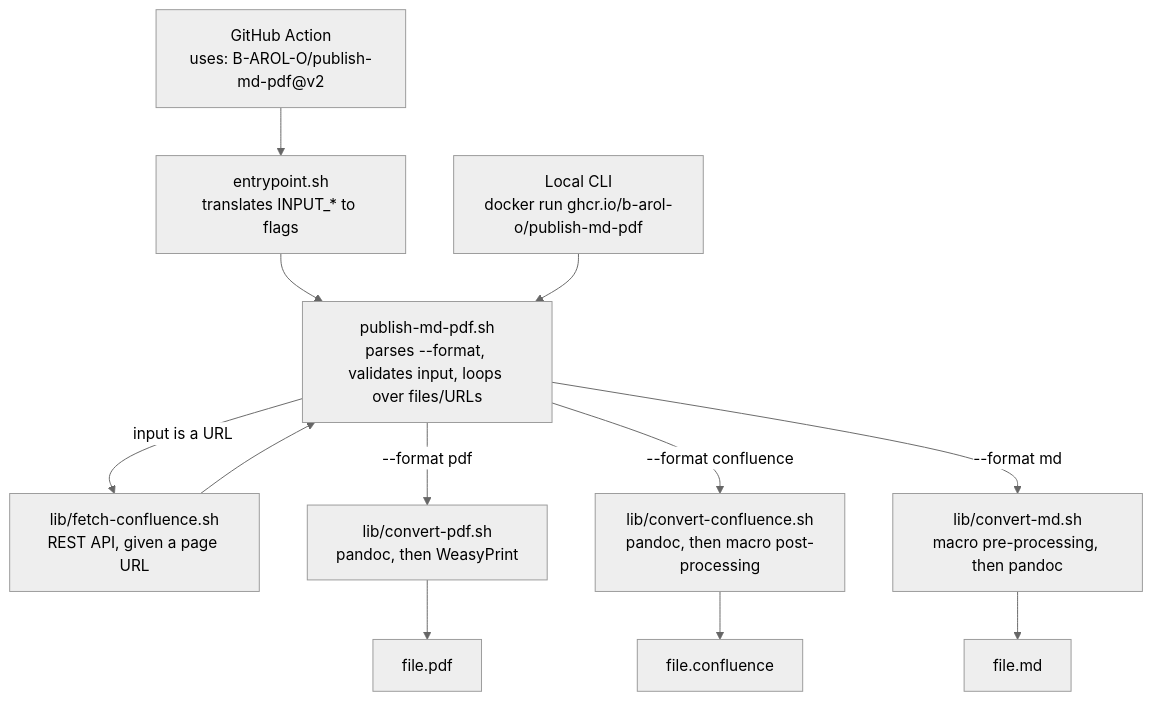
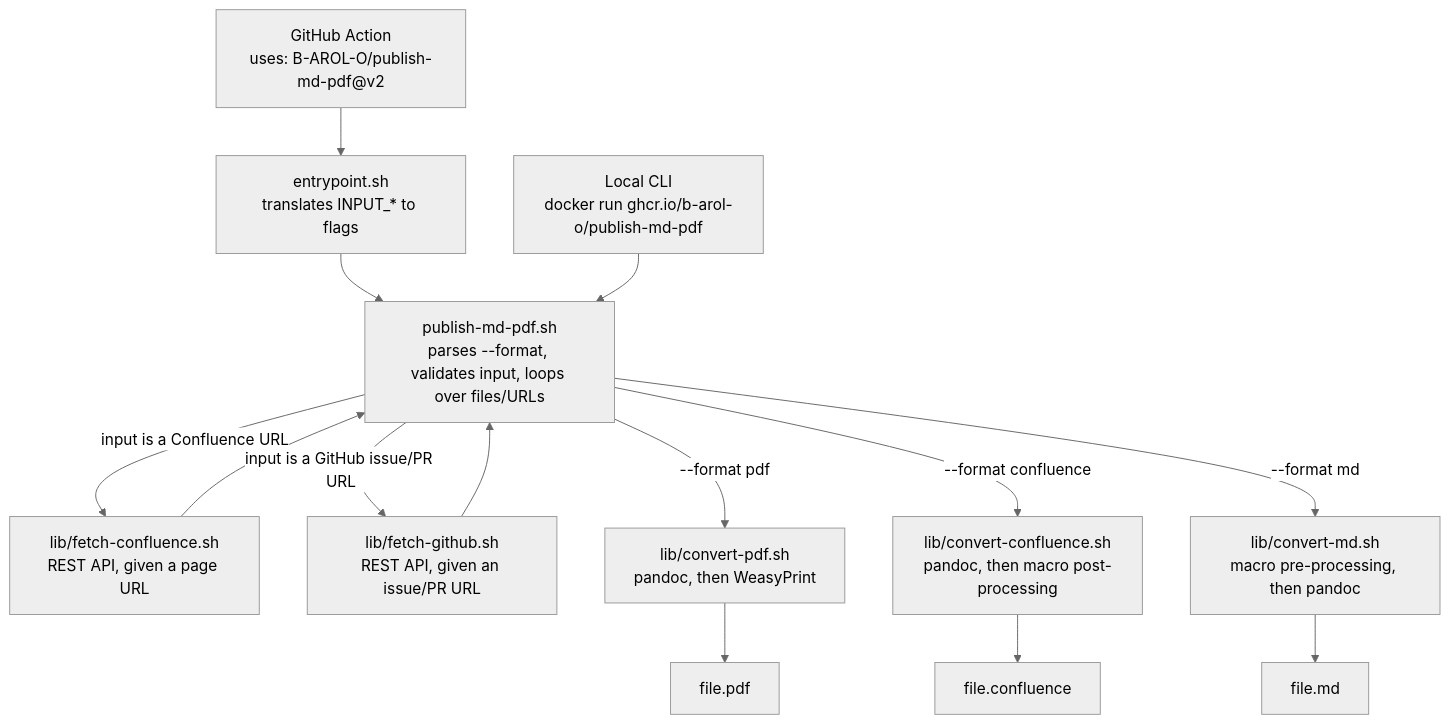
The diagram in README.md (B-AROL-O/publish-md-pdf), drawn with Mermaid (neutral theme) before and after one commit. The commit also changed other lines of this file and 9 other files, not shown here.

First line of the commit message:
feat: print GitHub issues and pull requests to PDF (#42)

````diff
--- a/README.md
+++ b/README.md
@@ -22,20 +24,22 @@
 ```mermaid
 flowchart TD
     CLI["Local CLI<br/>docker run ghcr.io/b-arol-o/publish-md-pdf"]
     GHA["GitHub Action<br/>uses: B-AROL-O/publish-md-pdf@v2"]
     EP["entrypoint.sh<br/>translates INPUT_* to flags"]
     MAIN["publish-md-pdf.sh<br/>parses --format, validates input, loops over files/URLs"]
     FETCH["lib/fetch-confluence.sh<br/>REST API, given a page URL"]
+    FETCHGH["lib/fetch-github.sh<br/>REST API, given an issue/PR URL"]
 
     GHA --> EP --> MAIN
     CLI --> MAIN
-    MAIN -->|input is a URL| FETCH --> MAIN
+    MAIN -->|input is a Confluence URL| FETCH --> MAIN
+    MAIN -->|input is a GitHub issue/PR URL| FETCHGH --> MAIN
 
     MAIN -->|--format pdf| PDF["lib/convert-pdf.sh<br/>pandoc, then WeasyPrint"]
     MAIN -->|--format confluence| CONF["lib/convert-confluence.sh<br/>pandoc, then macro post-processing"]
     MAIN -->|--format md| MD["lib/convert-md.sh<br/>macro pre-processing, then pandoc"]
 
     PDF --> OUTPDF["file.pdf"]
     CONF --> OUTCONF["file.confluence"]
     MD --> OUTMD["file.md"]
 ```
````
